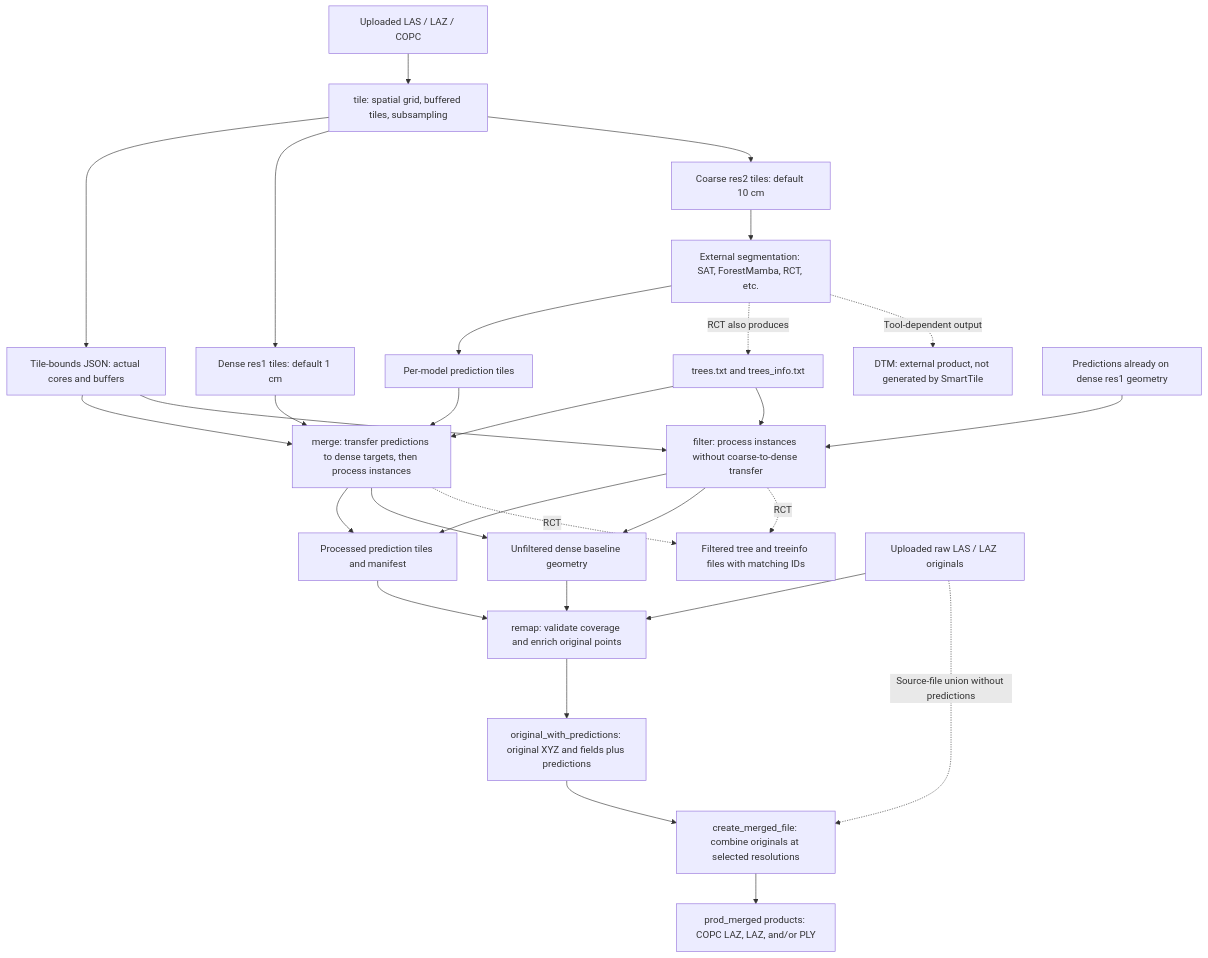
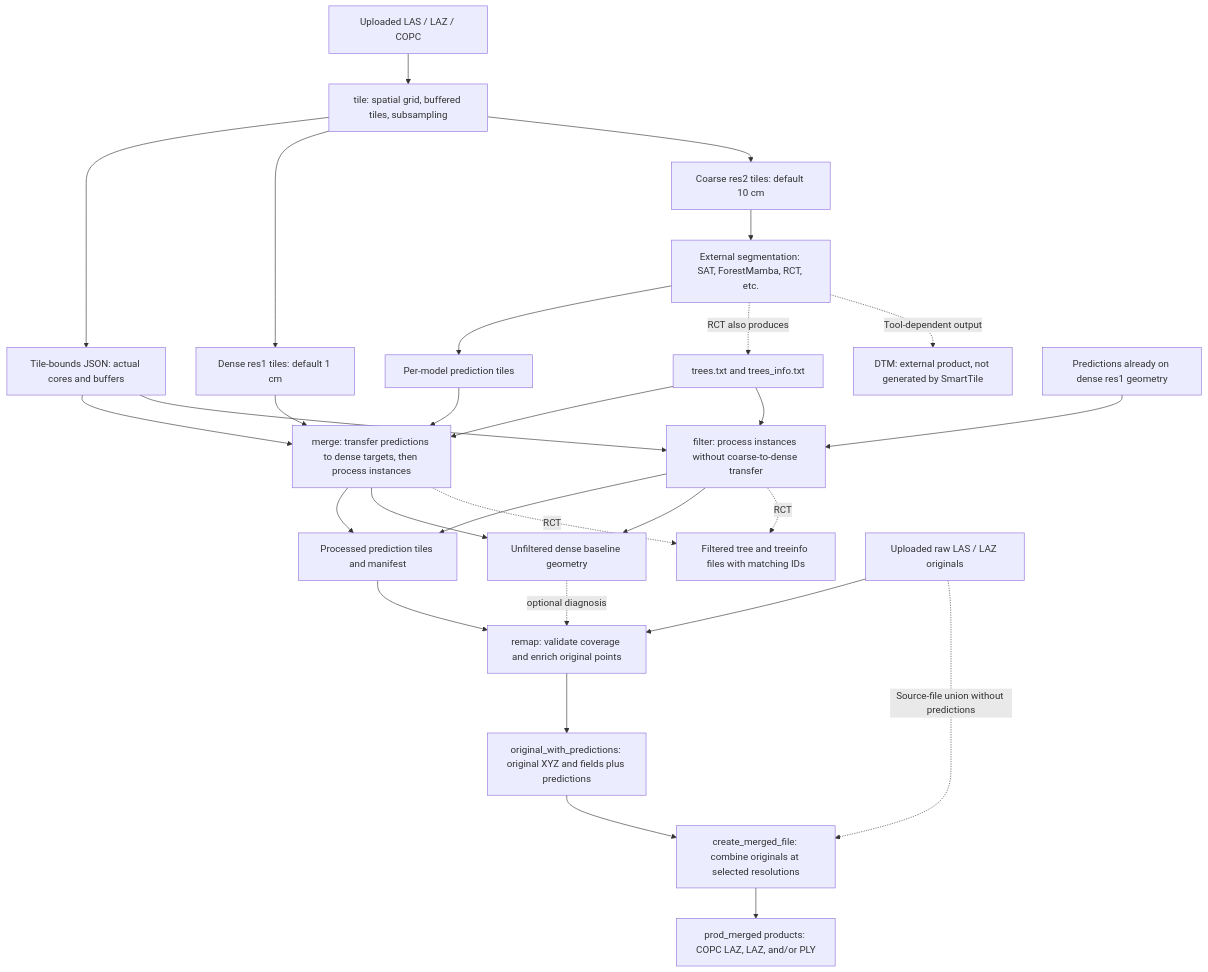
One commit to 3dTrees-earth/3dtrees_Smart_Tile changed the first of 2 diagrams in docs/task-workflow.md. Above: the diagram before and after it, drawn with Mermaid. The commit also changed other lines of this file and 7 other files, not shown here.

````diff
--- a/docs/task-workflow.md
+++ b/docs/task-workflow.md
@@ -9,31 +9,31 @@
 ```mermaid
 flowchart TD
     RAW["Uploaded LAS / LAZ / COPC"] --> TILE["tile: spatial grid, buffered tiles, subsampling"]
     TILE --> LAYOUT["Tile-bounds JSON: actual cores and buffers"]
     TILE --> R1["Dense res1 tiles: default 1 cm"]
     TILE --> R2["Coarse res2 tiles: default 10 cm"]
     R2 --> MODELS["External segmentation: SAT, ForestMamba, RCT, etc."]
     MODELS --> PRED["Per-model prediction tiles"]
     MODELS -. "RCT also produces" .-> TREES["trees.txt and trees_info.txt"]
     MODELS -. "Tool-dependent output" .-> DTM["DTM: external product, not generated by SmartTile"]
     PRED --> MERGE["merge: transfer predictions to dense targets, then process instances"]
     R1 --> MERGE
     LAYOUT --> MERGE
     TREES --> MERGE
     DENSE["Predictions already on dense res1 geometry"] --> FILTER["filter: process instances without coarse-to-dense transfer"]
     LAYOUT --> FILTER
     TREES --> FILTER
     MERGE --> FINAL["Processed prediction tiles and manifest"]
     FILTER --> FINAL
     MERGE --> BASE["Unfiltered dense baseline geometry"]
     FILTER --> BASE
     MERGE -. "RCT" .-> KEPT["Filtered tree and treeinfo files with matching IDs"]
     FILTER -. "RCT" .-> KEPT
     FINAL --> REMAP["remap: validate coverage and enrich original points"]
-    BASE --> REMAP
+    BASE -. "optional diagnosis" .-> REMAP
     ORIGINAL["Uploaded raw LAS / LAZ originals"] --> REMAP
     REMAP --> ENRICHED["original_with_predictions: original XYZ and fields plus predictions"]
     ENRICHED --> PRODUCT["create_merged_file: combine originals at selected resolutions"]
     ORIGINAL -. "Source-file union without predictions" .-> PRODUCT
     PRODUCT --> DOWNLOAD["prod_merged products: COPC LAZ, LAZ, and/or PLY"]
 ```
````
